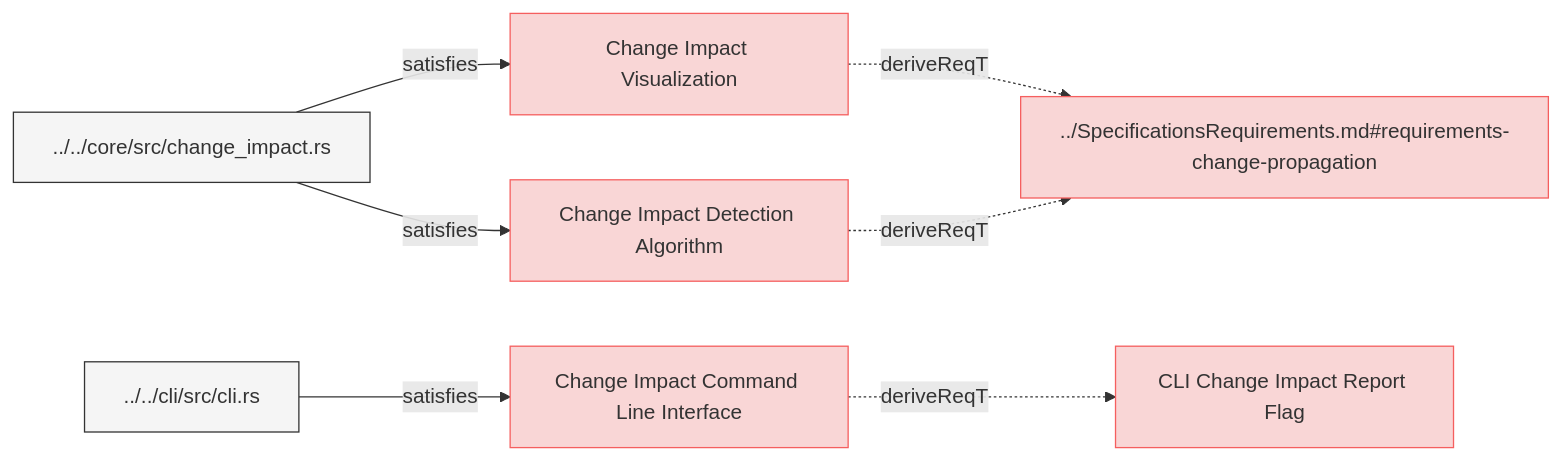
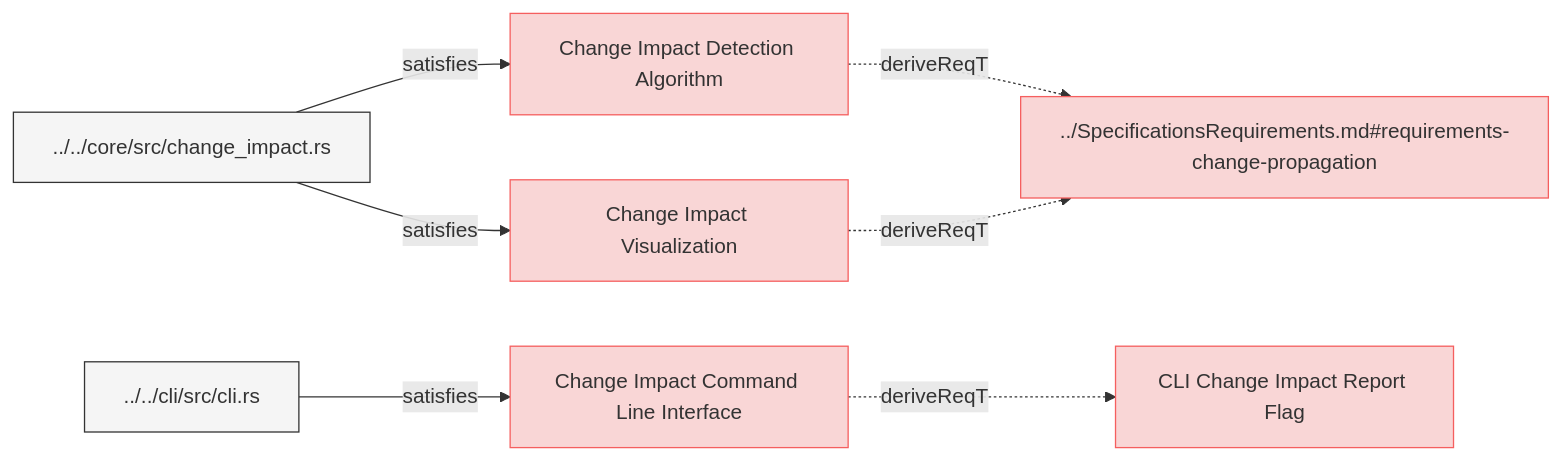
Before and after one commit to reqvire-org/reqvire: the diagram in specifications/SystemRequirements/ChangeImpactPropagation.md, drawn with Mermaid. The commit also changed 44 other files, not shown here.

Commit message:
Diagrams bug fixes. Test improvements.

````diff
--- a/specifications/SystemRequirements/ChangeImpactPropagation.md
+++ b/specifications/SystemRequirements/ChangeImpactPropagation.md
@@ -6,36 +6,39 @@
 ```mermaid
 graph LR;
   %% Graph styling
   classDef requirement fill:#f9d6d6,stroke:#f55f5f,stroke-width:1px;
   classDef verification fill:#d6f9d6,stroke:#5fd75f,stroke-width:1px;
   classDef externalLink fill:#d0e0ff,stroke:#3080ff,stroke-width:1px;
   classDef default fill:#f5f5f5,stroke:#333333,stroke-width:1px;
 
-  4ba519ed09b81863["Change Impact Visualization"];
-  click 4ba519ed09b81863 "specifications/SystemRequirements/ChangeImpactPropagation.md#change-impact-visualization#change-impact-visualization";
-  class 4ba519ed09b81863 requirement;
+  c8d1020a3844532d["Change Impact Detection Algorithm"];
+  class c8d1020a3844532d requirement;
+  click c8d1020a3844532d "ChangeImpactPropagation.md#change-impact-detection-algorithm";
   2054606d7574a553["../SpecificationsRequirements.md#requirements-change-propagation"];
   class 2054606d7574a553 requirement;
-  click 2054606d7574a553 "specifications/SpecificationsRequirements.md#requirements-change-propagation#requirements-change-propagation";
+  click 2054606d7574a553 "../SpecificationsRequirements.md#requirements-change-propagation";
+  c8d1020a3844532d -.->|deriveReqT| 2054606d7574a553;
+  4b89dbed94c08c3e["../../core/src/change_impact.rs"];
+  class 4b89dbed94c08c3e default;
+  click 4b89dbed94c08c3e "../../core/src/change_impact.rs";
+  4b89dbed94c08c3e -->|satisfies| c8d1020a3844532d;
+  37a75398bd174177["Change Impact Command Line Interface"];
+  class 37a75398bd174177 requirement;
+  click 37a75398bd174177 "ChangeImpactPropagation.md#change-impact-command-line-interface";
+  d62e8e714c37d1ad["CLI Change Impact Report Flag"];
+  class d62e8e714c37d1ad requirement;
+  click d62e8e714c37d1ad "Requirements.md#cli-change-impact-report-flag";
+  37a75398bd174177 -.->|deriveReqT| d62e8e714c37d1ad;
+  80defdd4cbc7ee18["../../cli/src/cli.rs"];
+  class 80defdd4cbc7ee18 default;
+  click 80defdd4cbc7ee18 "../../cli/src/cli.rs";
+  80defdd4cbc7ee18 -->|satisfies| 37a75398bd174177;
+  4ba519ed09b81863["Change Impact Visualization"];
+  class 4ba519ed09b81863 requirement;
+  click 4ba519ed09b81863 "ChangeImpactPropagation.md#change-impact-visualization";
   4ba519ed09b81863 -.->|deriveReqT| 2054606d7574a553;
   4b89dbed94c08c3e["../../core/src/change_impact.rs"];
   class 4b89dbed94c08c3e default;
-  click 4b89dbed94c08c3e "core/src/change_impact.rs";
+  click 4b89dbed94c08c3e "../../core/src/change_impact.rs";
   4b89dbed94c08c3e -->|satisfies| 4ba519ed09b81863;
-  37a75398bd174177["Change Impact Command Line Interface"];
-  click 37a75398bd174177 "specifications/SystemRequirements/ChangeImpactPropagation.md#change-impact-command-line-interface#change-impact-command-line-interface";
-  class 37a75398bd174177 requirement;
-  d62e8e714c37d1ad["CLI Change Impact Report Flag"];
-  class d62e8e714c37d1ad requirement;
-  click d62e8e714c37d1ad "specifications/SystemRequirements/Requirements.md#cli-change-impact-report-flag#cli-change-impact-report-flag";
-  37a75398bd174177 -.->|deriveReqT| d62e8e714c37d1ad;
-  80defdd4cbc7ee18["../../cli/src/cli.rs"];
-  class 80defdd4cbc7ee18 default;
-  click 80defdd4cbc7ee18 "cli/src/cli.rs";
-  80defdd4cbc7ee18 -->|satisfies| 37a75398bd174177;
-  c8d1020a3844532d["Change Impact Detection Algorithm"];
-  click c8d1020a3844532d "specifications/SystemRequirements/ChangeImpactPropagation.md#change-impact-detection-algorithm#change-impact-detection-algorithm";
-  class c8d1020a3844532d requirement;
-  c8d1020a3844532d -.->|deriveReqT| 2054606d7574a553;
-  4b89dbed94c08c3e -->|satisfies| c8d1020a3844532d;
 ```
````
